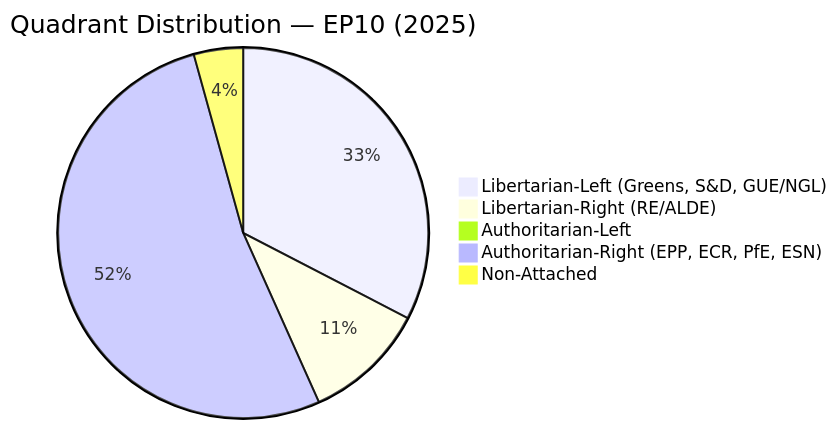
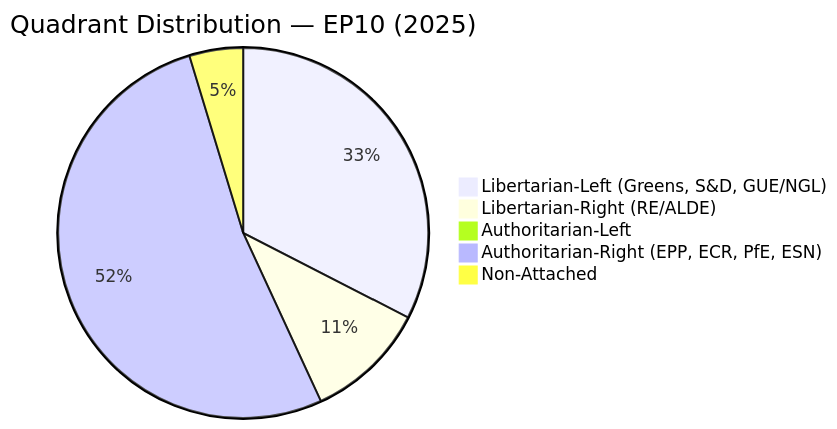
One commit to Hack23/European-Parliament-MCP-Server changed diagram 13 of 21 in docs/api-markdown/_media/EP_POLITICAL_LANDSCAPE.md. Above: the diagram before and after it, drawn with Mermaid. The commit also changed other lines of this file and 1435 other files, not shown here.

````diff
--- a/docs/api-markdown/_media/EP_POLITICAL_LANDSCAPE.md
+++ b/docs/api-markdown/_media/EP_POLITICAL_LANDSCAPE.md
@@ -320,8 +320,8 @@
 ```mermaid
 pie title Quadrant Distribution — EP10 (2025)
     "Libertarian-Left (Greens, S&D, GUE/NGL)" : 32.6
-    "Libertarian-Right (RE/ALDE)" : 10.7
+    "Libertarian-Right (RE/ALDE)" : 10.6
     "Authoritarian-Left" : 0
-    "Authoritarian-Right (EPP, ECR, PfE, ESN)" : 52.4
-    "Non-Attached" : 4.3
+    "Authoritarian-Right (EPP, ECR, PfE, ESN)" : 52.3
+    "Non-Attached" : 4.7
 ```
````
